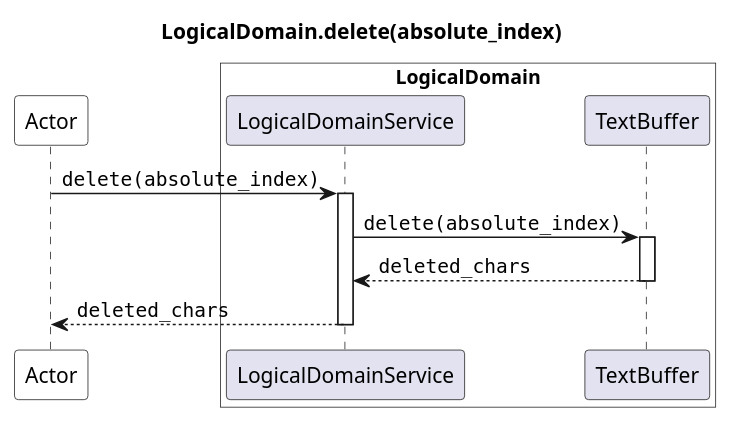
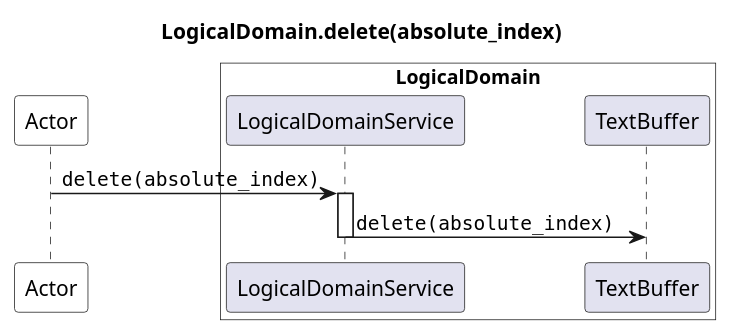
One commit to JoeRittiner/TextEngine changed the diagram in docs/source/specs/architecture/diagrams/sequence/seq_delete_logical.puml. Above: the diagram before and after it, drawn with PlantUML. The commit also changed 12 other files, not shown here.

```diff
--- a/docs/source/specs/architecture/diagrams/sequence/seq_delete_logical.puml
+++ b/docs/source/specs/architecture/diagrams/sequence/seq_delete_logical.puml
@@ -1,18 +1,16 @@
 @startuml
 
 title LogicalDomain.delete(absolute_index)
 
 participant Actor as app #white
 box "LogicalDomain" #white
     participant LogicalDomainService as LS
     participant TextBuffer as TB
 end box
 
 app -> LS : ""delete(absolute_index)""
 activate LS
     LS -> TB : ""delete(absolute_index)""
-    activate TB
-        return ""deleted_chars""
-    return ""deleted_chars""
+deactivate LS
 
 @enduml
```
